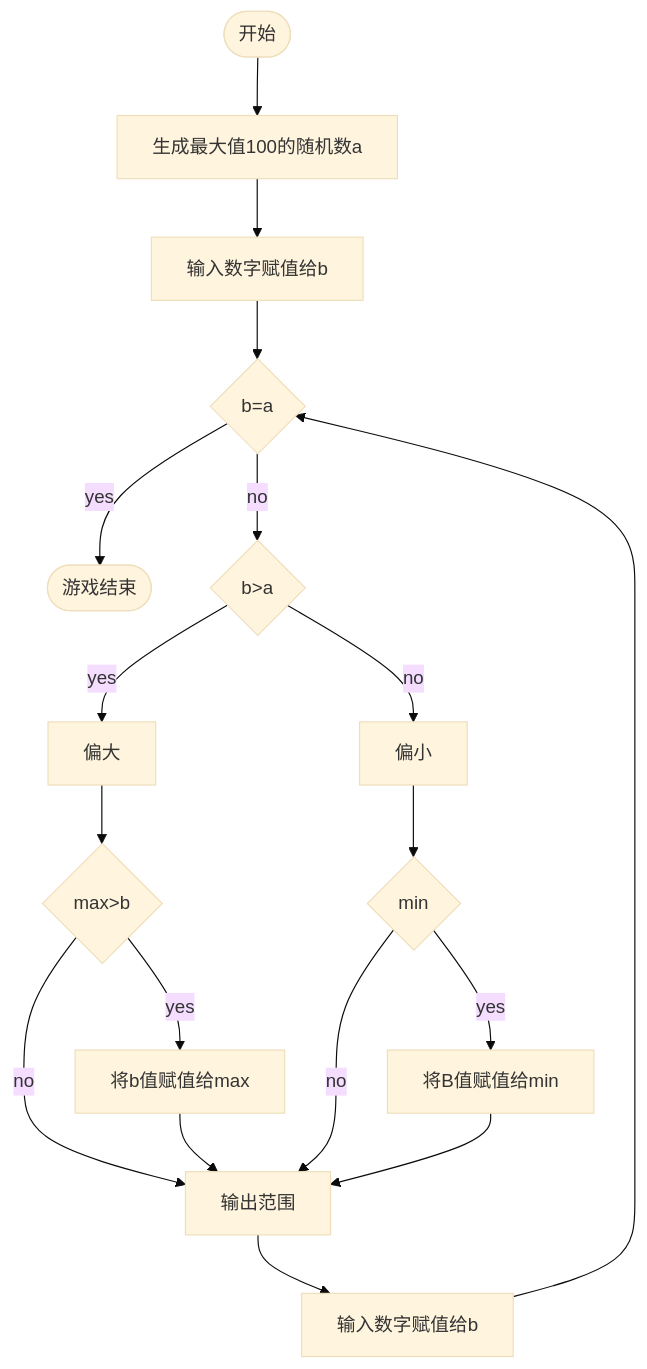
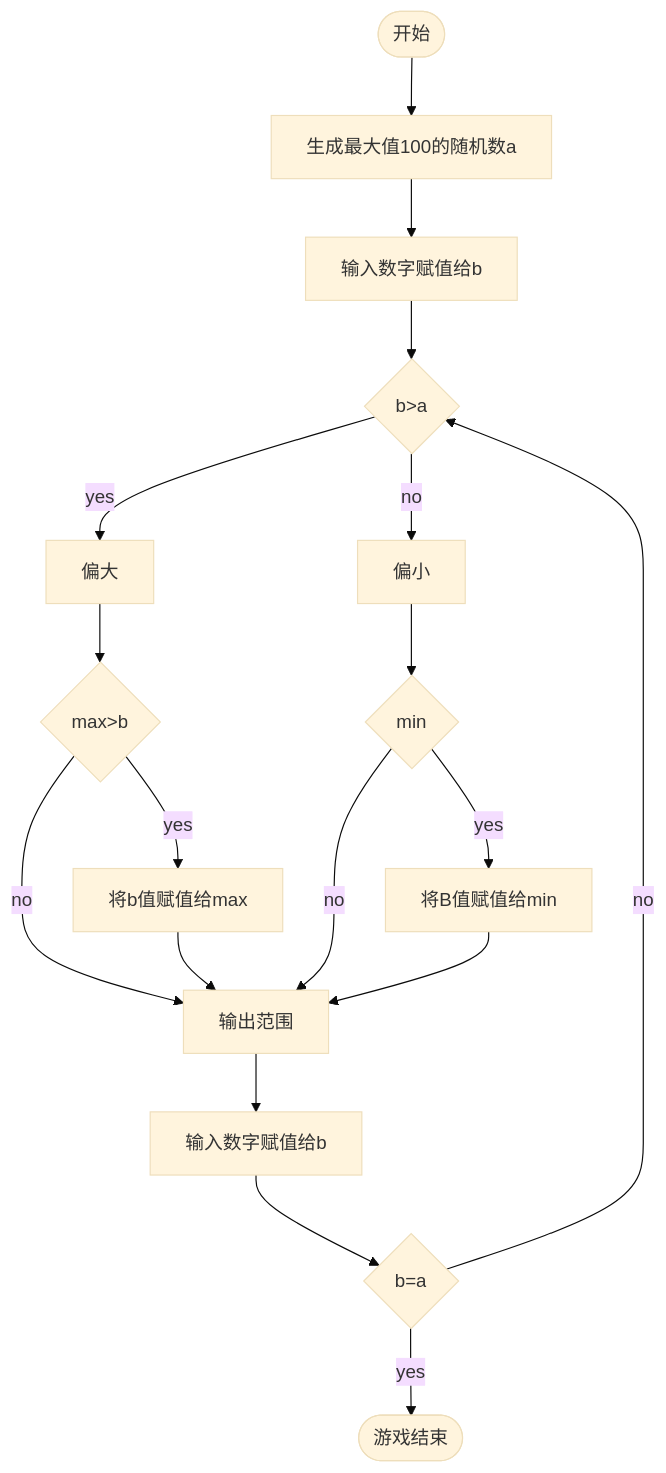
The second of 2 diagrams in instruction.md (JhIcefair/Icefair-All-Game), drawn with Mermaid (base theme) before and after one commit. The commit also changed other lines of this file, not shown here.

````diff
--- a/instruction.md
+++ b/instruction.md
@@ -121,22 +121,22 @@
     ```mermaid
 
     graph TD
         Start([开始]) --> Randa[生成最大值100的随机数a]
         Randa --> Scanfa[输入数字赋值给b]
-        Scanfa --> Do{"b=a"}
-        Do -- yes --> End([游戏结束])
-        Do -- no --> Ifa{"b>a"}
+        Scanfa --> Ifa{"b>a"}
         Ifa -- yes --> Printfa[偏大]
         Ifa -- no --> Printfb[偏小]
         Printfa --> Ifb{"max>b"}
         Ifb -- yes --> Max[将b值赋值给max]
         Ifb --no --> Printfc[输出范围]
         Max --> Printfc[输出范围]
         Printfb --> Ifc{"min<b"}
         Ifc -- yes --> Min[将B值赋值给min]
         Ifc -- no --> Printfc
         Min --> Printfc[输出范围]
         Printfc --> Scanfb[输入数字赋值给b]
-        Scanfb --> Do
+        Scanfb --> Do{"b=a"}
+        Do -- yes --> End([游戏结束])
+        Do -- no --> Ifa
 
     ```
````
